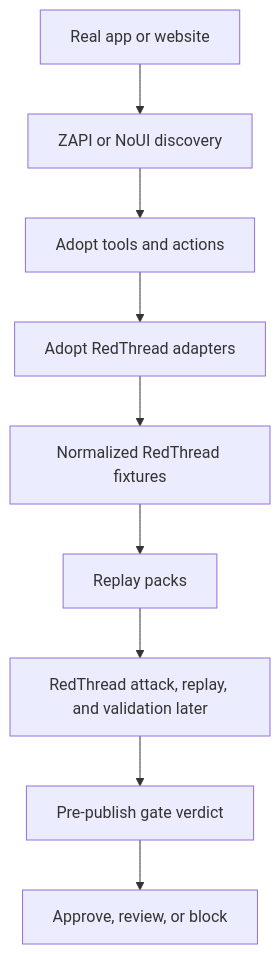
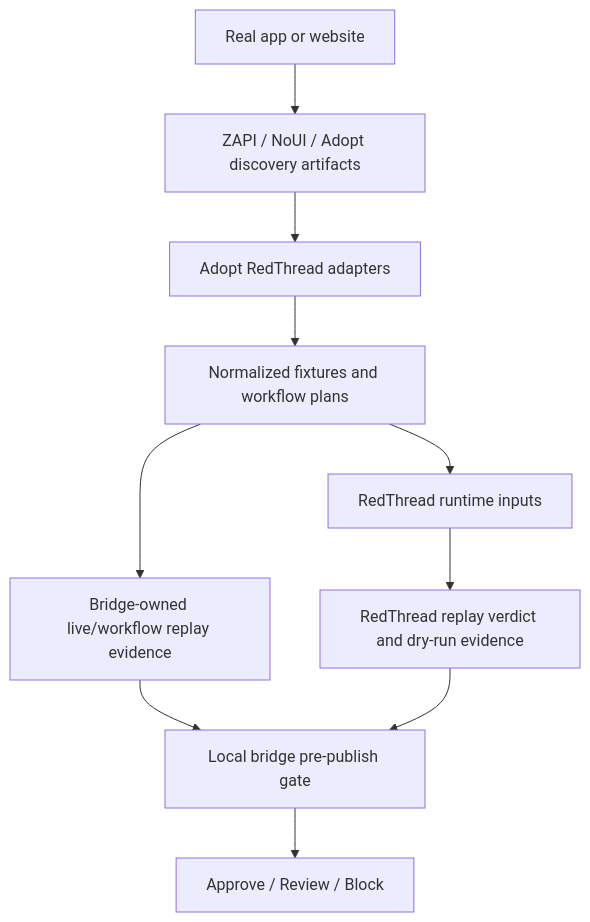
One commit to matheusht/adopt-redthread changed the diagram in docs/architecture.md. Above: the diagram before and after it, drawn with Mermaid. The commit also changed other lines of this file and 15 other files, not shown here.

Commit message:
feat: implement hero binding truth generation and ZAPI reference validation logic

````diff
--- a/docs/architecture.md
+++ b/docs/architecture.md
@@ -13,11 +13,12 @@
 ```mermaid
 flowchart TD
-    A[Real app or website] --> B[ZAPI or NoUI discovery]
-    B --> C[Adopt tools and actions]
-    C --> D[Adopt RedThread adapters]
-    D --> E[Normalized RedThread fixtures]
-    E --> F[Replay packs]
-    F --> G[RedThread attack, replay, and validation later]
-    G --> H[Pre-publish gate verdict]
-    H --> I[Approve, review, or block]
+    A[Real app or website] --> B[ZAPI / NoUI / Adopt discovery artifacts]
+    B --> C[Adopt RedThread adapters]
+    C --> D[Normalized fixtures and workflow plans]
+    D --> E[Bridge-owned live/workflow replay evidence]
+    D --> F[RedThread runtime inputs]
+    F --> G[RedThread replay verdict and dry-run evidence]
+    E --> H[Local bridge pre-publish gate]
+    G --> H
+    H --> I[Approve / Review / Block]
 ```
````
